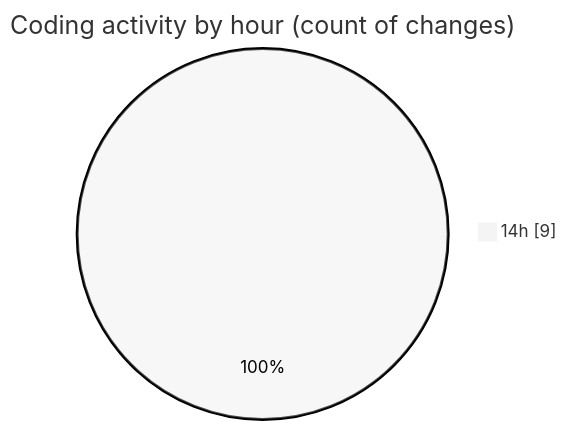
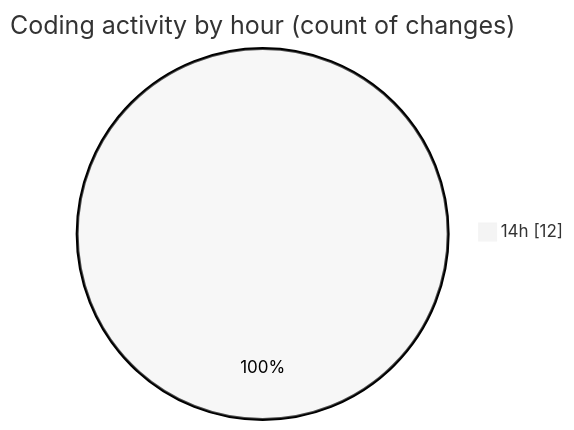
The second of 2 diagrams in 2025-04-10/trackers_app/README.md (donsfak/code-tracking), drawn with Mermaid (neutral theme) before and after one commit. The commit also changed other lines of this file and 1 other file, not shown here.

````diff
--- a/2025-04-10/trackers_app/README.md
+++ b/2025-04-10/trackers_app/README.md
@@ -31,5 +32,5 @@
 ```mermaid
 pie showData
 title Coding activity by hour (count of changes)
-"14h" : 9
+"14h" : 12
 ```
````
